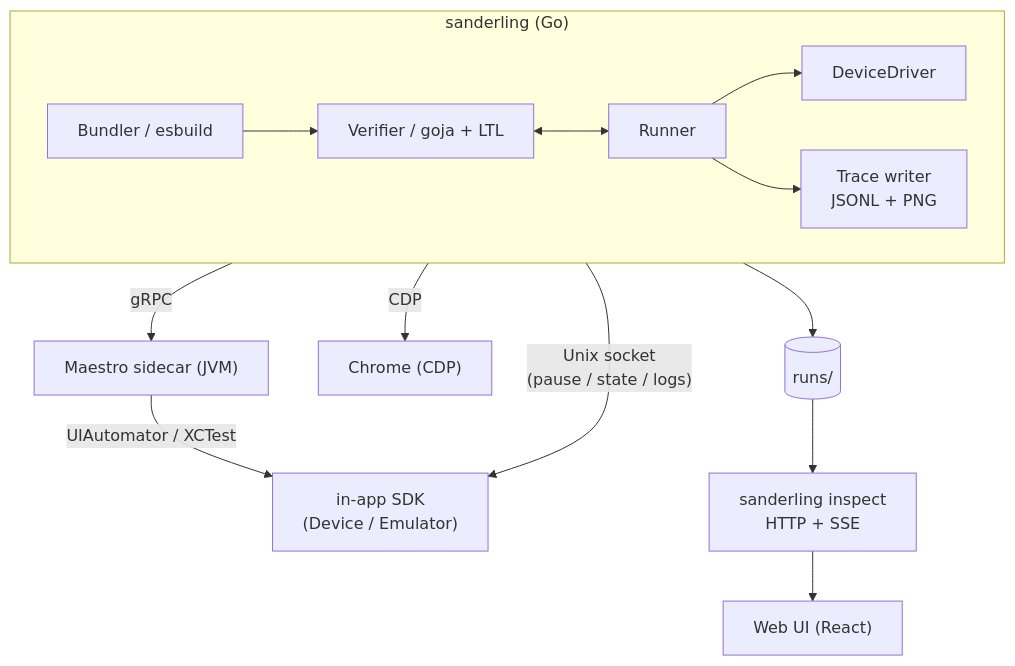
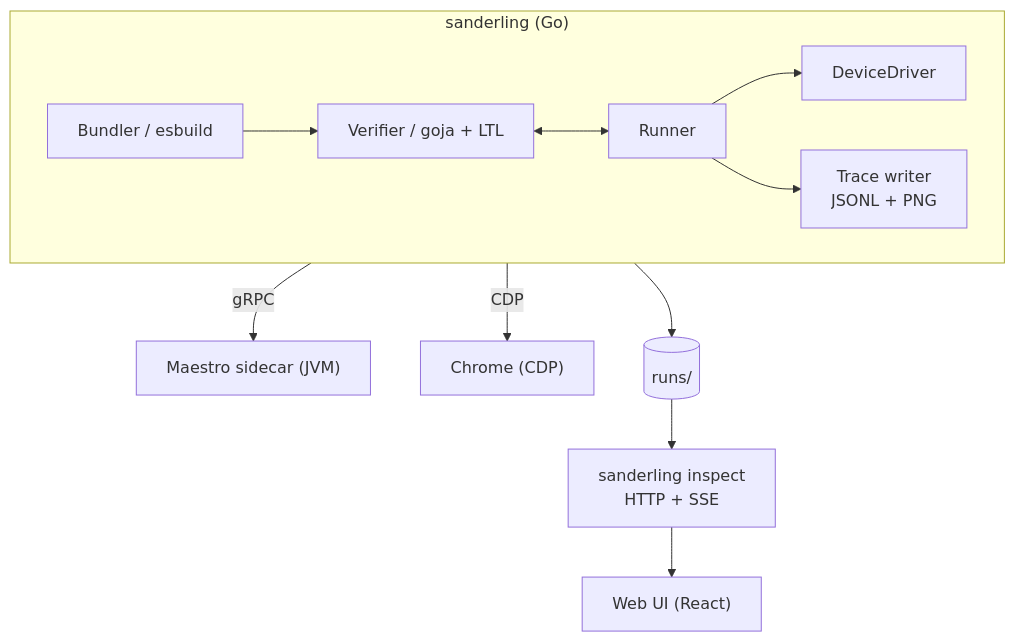
Before and after one commit to priyanshujain/sanderling: the diagram in docs/development/architecture.md, drawn with Mermaid. The commit also changed other lines of this file and 59 other files, not shown here.

First line of the commit message:
Remove in-app SDK (#43)

````diff
--- a/docs/development/architecture.md
+++ b/docs/development/architecture.md
@@ -7,24 +7,21 @@
 ```mermaid
 flowchart TB
     subgraph go["sanderling (Go)"]
         direction LR
         B["Bundler / esbuild"] --> V["Verifier / goja + LTL"]
         V <--> R["Runner"]
         R --> D["DeviceDriver"]
         R --> T["Trace writer\nJSONL + PNG"]
     end
 
     SC["Maestro sidecar (JVM)"]
-    SDK["in-app SDK\n(Device / Emulator)"]
     CH["Chrome (CDP)"]
     RD[("runs/")]
     IN["sanderling inspect\nHTTP + SSE"]
     UI["Web UI (React)"]
 
     D -->|gRPC| SC
-    SC -->|UIAutomator / XCTest| SDK
-    R -->|"Unix socket<br/>(pause / state / logs)"| SDK
     D -->|CDP| CH
 
     T --> RD --> IN --> UI
 ```
````
